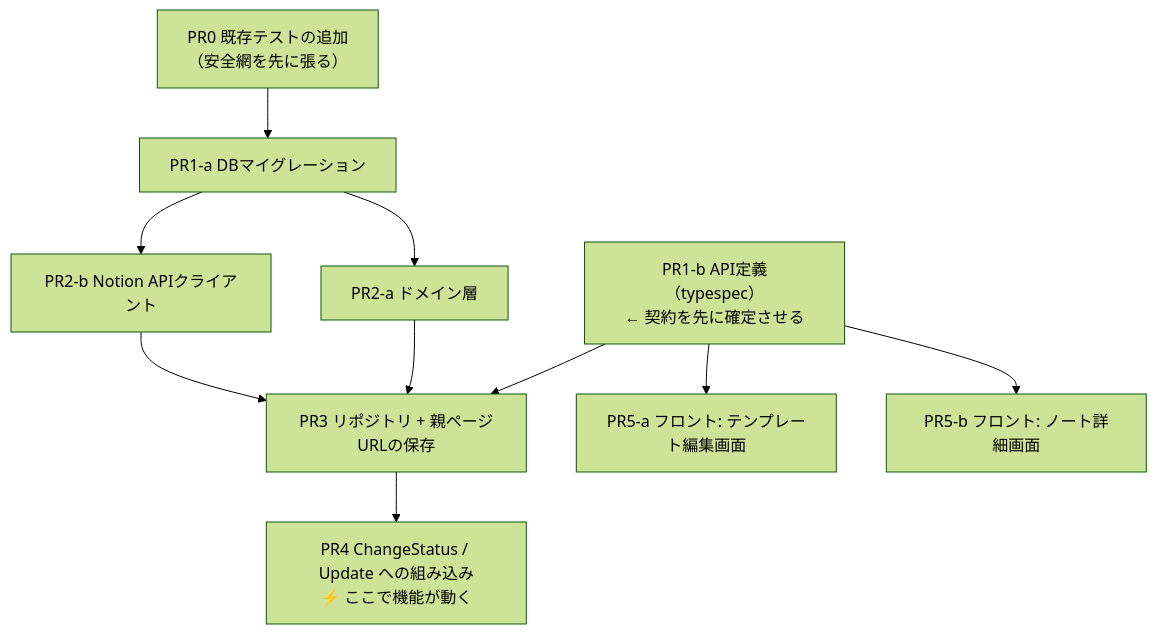
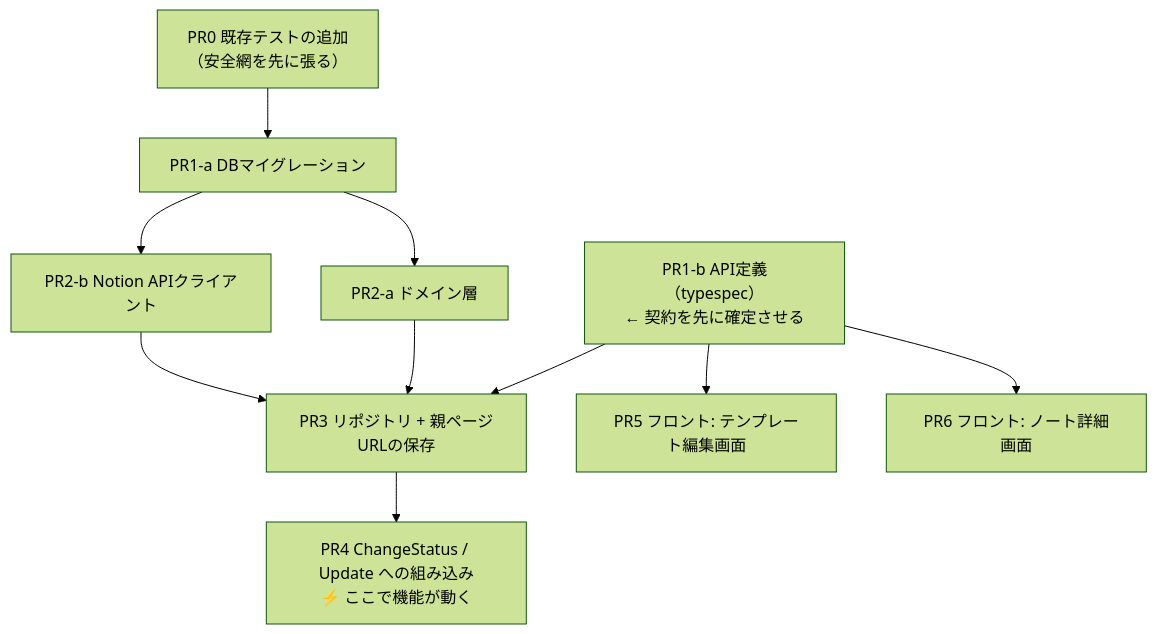
Before and after one commit to YukiOnishi1129/immortal-architecture-notion: the diagram in docs/feature_development/04_work_breakdown.md, drawn with Mermaid (forest theme). The commit also changed other lines of this file, not shown here.

````diff
--- a/docs/feature_development/04_work_breakdown.md
+++ b/docs/feature_development/04_work_breakdown.md
@@ -43,22 +43,22 @@
 ```mermaid
 flowchart TD
     PR0["PR0 既存テストの追加<br/>（安全網を先に張る）"]
     PR1a["PR1-a DBマイグレーション"]
     PR1b["PR1-b API定義（typespec）<br/>← 契約を先に確定させる"]
     PR2a["PR2-a ドメイン層"]
     PR2b["PR2-b Notion APIクライアント"]
     PR3["PR3 リポジトリ + 親ページURLの保存"]
     PR4["PR4 ChangeStatus / Update への組み込み<br/>⚡ ここで機能が動く"]
-    PR5a["PR5-a フロント: テンプレート編集画面"]
-    PR5b["PR5-b フロント: ノート詳細画面"]
+    PR5["PR5 フロント: テンプレート編集画面"]
+    PR6["PR6 フロント: ノート詳細画面"]
 
     PR0 --> PR1a
     PR1a --> PR2a
     PR1a --> PR2b
     PR1b --> PR3
-    PR1b --> PR5a
-    PR1b --> PR5b
+    PR1b --> PR5
+    PR1b --> PR6
     PR2a --> PR3
     PR2b --> PR3
     PR3 --> PR4
 ```
````
